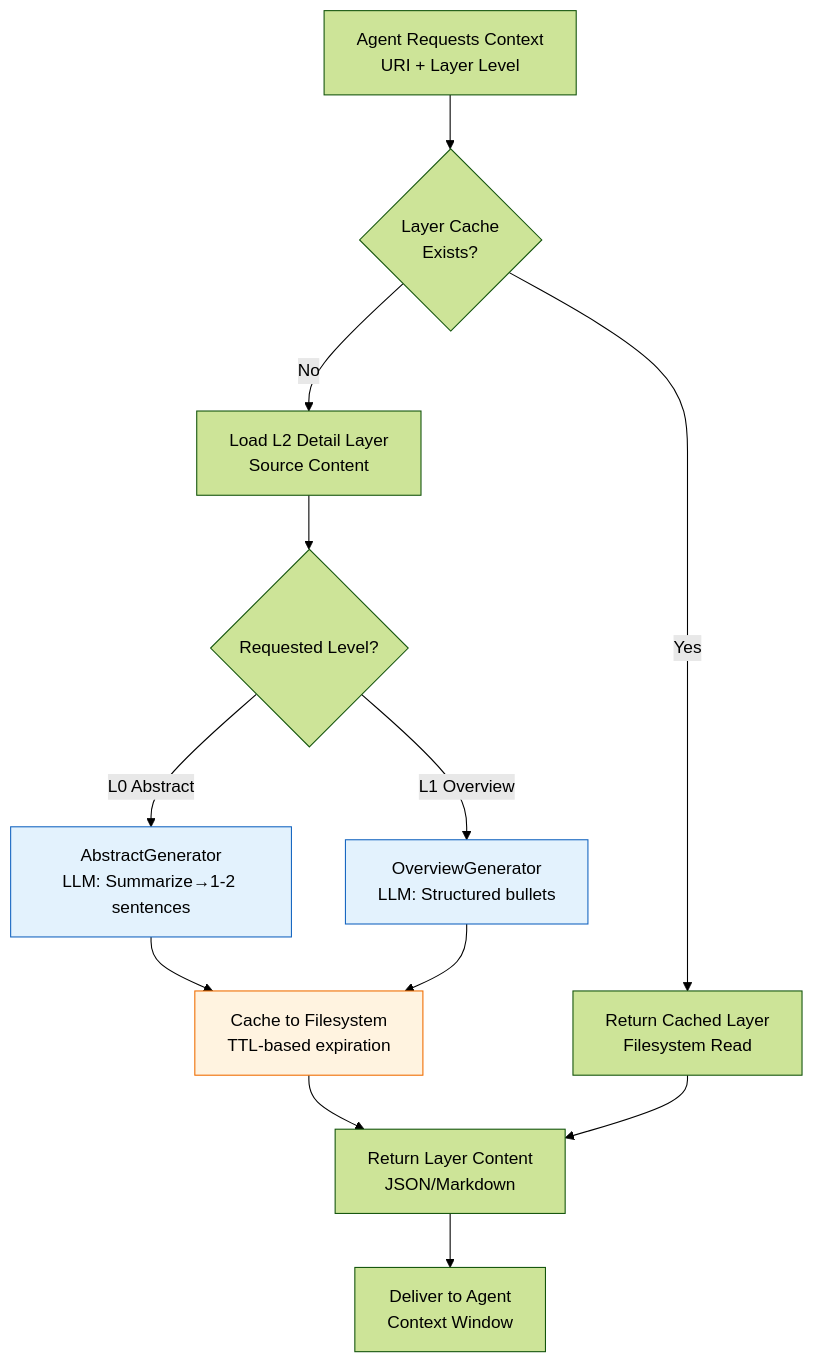
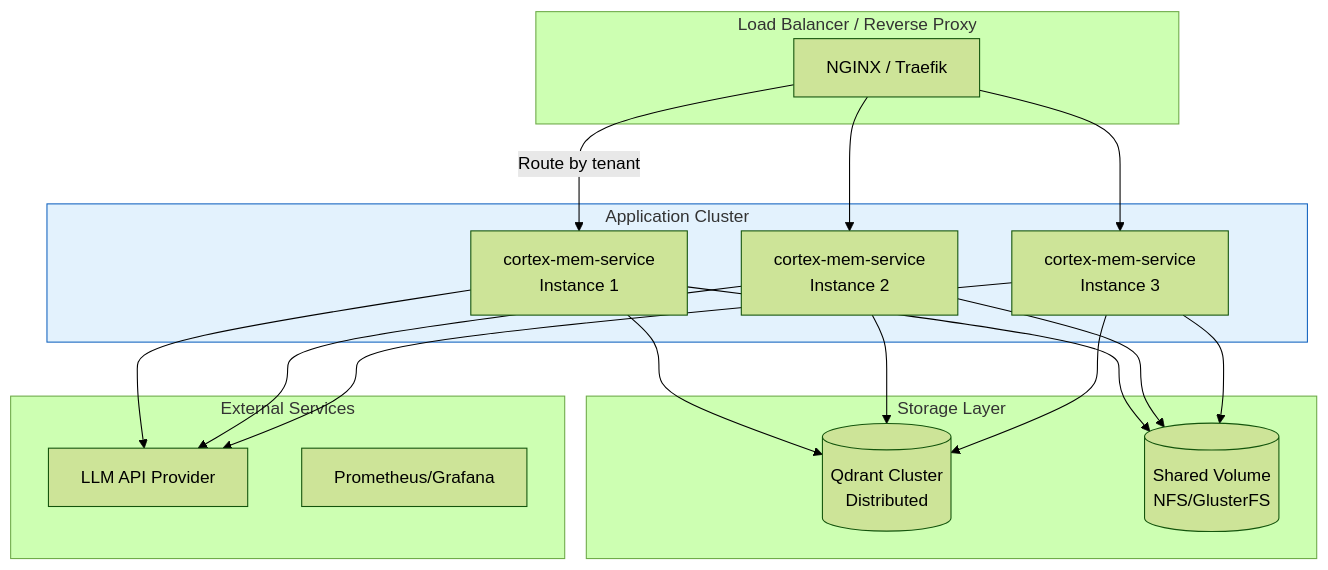
One commit to sopaco/cortex-mem changed diagram 14 of 14 in litho.docs/en/2.Architecture.md. Above: the diagram before and after it, drawn with Mermaid (forest theme). The commit also changed other lines of this file and 45 other files, not shown here.

````diff
--- a/litho.docs/en/2.Architecture.md
+++ b/litho.docs/en/2.Architecture.md
@@ -614,18 +922,39 @@
 ```mermaid
-flowchart TB
-    A[Agent Requests Context<br/>URI + Layer Level] --> B{Layer Cache<br/>Exists?}
-    B -->|Yes| C[Return Cached Layer<br/>Filesystem Read]
-    B -->|No| D[Load L2 Detail Layer<br/>Source Content]
-    D --> E{Requested Level?}
-    E -->|L0 Abstract| F[AbstractGenerator<br/>LLM: Summarize→1-2 sentences]
-    E -->|L1 Overview| G[OverviewGenerator<br/>LLM: Structured bullets]
-    F --> H[Cache to Filesystem<br/>TTL-based expiration]
-    G --> H
-    H --> I[Return Layer Content<br/>JSON/Markdown]
-    C --> I
-    I --> J[Deliver to Agent<br/>Context Window]
+graph TB
+    subgraph LoadBalancer["Load Balancer / Reverse Proxy"]
+        NGINX[NGINX / Traefik]
+    end
     
-    style F fill:#e3f2fd,stroke:#1565c0
-    style G fill:#e3f2fd,stroke:#1565c0
-    style H fill:#fff3e0,stroke:#ef6c00
+    subgraph AppCluster["Application Cluster"]
+        INST1[cortex-mem-service<br/>Instance 1]
+        INST2[cortex-mem-service<br/>Instance 2]
+        INST3[cortex-mem-service<br/>Instance 3]
+    end
+    
+    subgraph Storage["Storage Layer"]
+        QDRANT_CLUSTER[(Qdrant Cluster<br/>Distributed)]
+        SHARED_FS[(Shared Volume<br/>NFS/GlusterFS)]
+    end
+    
+    subgraph External["External Services"]
+        LLM_API[LLM API Provider]
+        MONITORING[Prometheus/Grafana]
+    end
+    
+    NGINX -->|Route by tenant| INST1
+    NGINX --> INST2
+    NGINX --> INST3
+    
+    INST1 --> QDRANT_CLUSTER
+    INST1 --> SHARED_FS
+    INST2 --> QDRANT_CLUSTER
+    INST2 --> SHARED_FS
+    INST3 --> QDRANT_CLUSTER
+    INST3 --> SHARED_FS
+    
+    INST1 --> LLM_API
+    INST2 --> LLM_API
+    INST3 --> LLM_API
+    
+    style AppCluster fill:#e3f2fd,stroke:#1565c0
 ```
````
